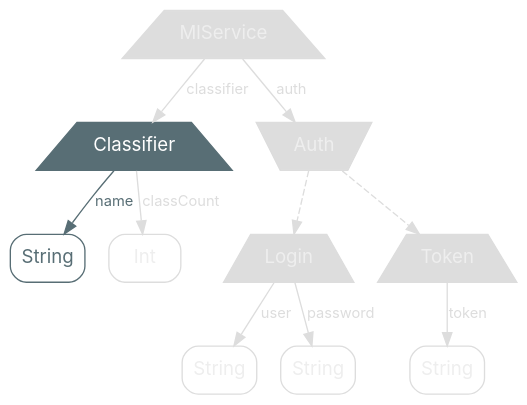
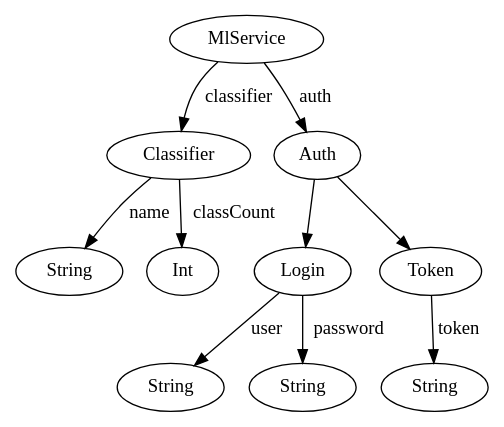
Before and after one commit to nrinaudo/optics-from-the-ground-up: the diagram in src/graphviz/classifier-name.dot, drawn with Graphviz. The commit also changed 24 other files, not shown here.

Commit message:
Rework diagrams to use stylesheets

```diff
--- a/src/graphviz/classifier-name.dot
+++ b/src/graphviz/classifier-name.dot
@@ -1,42 +1,30 @@
 digraph {
-    bgcolor=transparent
+    mlService[label=MlService class="product,disabled"]
 
-    // Default theme
-    node[shape="rectangle" style="rounded,filled" color="#586E75" fillcolor="#ffffff" fontcolor="#586E75" fontname="Inter,Arial"]
-    edge[color="#586E75" fontcolor="#586E75" fontname="Inter,Arial" fontsize=11]
+    classifier[label=Classifier class="product"]
+    classifier_name[label=String]
+    classifier_classCount[label=Int class="disabled"]
 
-    // product types
-    mlService, classifier, login, token [shape=trapezium style=filled fontcolor="#FFFFFF" fillcolor="#586E75"]
+    auth[label=Auth class="sum,disabled"]
 
-    // sum types
-    auth[shape=invtrapezium, style=filled fontcolor="#FFFFFF" fillcolor="#586E75"]
+    login[label=Login class="product,disabled"]
+    login_user[label=String class="disabled"]
+    login_password[label=String class="disabled"]
 
-    mlService[label=MlService fillcolor="#dddddd" color="#dddddd" fontcolor="#eeeeee"]
+    token[label=Token class="product,disabled"]
+    token_token[label=String class="disabled"]
 
-    classifier[label=Classifier]
-    classifier_name[label=String shape=box]
-    classifier_classCount[label=Int shape=box color="#dddddd" fontcolor="#eeeeee"]
+    mlService -> classifier [label=classifier class="disabled"]
+    mlService -> auth [label=auth class="disabled"]
 
-    auth[label=Auth fillcolor="#dddddd" color="#dddddd" fontcolor="#eeeeee"]
+    classifier -> classifier_name [label=name]
+    classifier -> classifier_classCount [label=classCount class="disabled"]
 
-    login[label=Login fillcolor="#dddddd" color="#dddddd" fontcolor="#eeeeee"]
-    login_user[label=String shape=box color="#dddddd" fontcolor="#eeeeee"]
-    login_password[label=String shape=box color="#dddddd" fontcolor="#eeeeee"]
+    token -> token_token [label=token class="disabled"]
 
-    token[label=Token fillcolor="#dddddd" color="#dddddd" fontcolor="#eeeeee"]
-    token_token[label=String shape=box color="#dddddd" fontcolor="#eeeeee"]
+    login -> login_user [label=user class="disabled"]
+    login -> login_password [label=password class="disabled"]
 
-    mlService -> classifier[label=classifier color="#dddddd" fontcolor="#dddddd"]
-    mlService -> auth[label=auth color="#dddddd" fontcolor="#dddddd"]
-
-    classifier -> classifier_name[label=name]
-    classifier -> classifier_classCount[label=classCount color="#dddddd" fontcolor="#dddddd"]
-
-    token -> token_token[label=token color="#dddddd" fontcolor="#dddddd"]
-
-    login -> login_user[label=user color="#dddddd" fontcolor="#dddddd"]
-    login -> login_password[label=password color="#dddddd" fontcolor="#dddddd"]
-
-    auth -> token[style=dashed color="#dddddd" fontcolor="#dddddd"]
-    auth -> login[style=dashed color="#dddddd" fontcolor="#dddddd"]
+    auth -> token[class="value,disabled"]
+    auth -> login[class="value,disabled"]
 }
```
